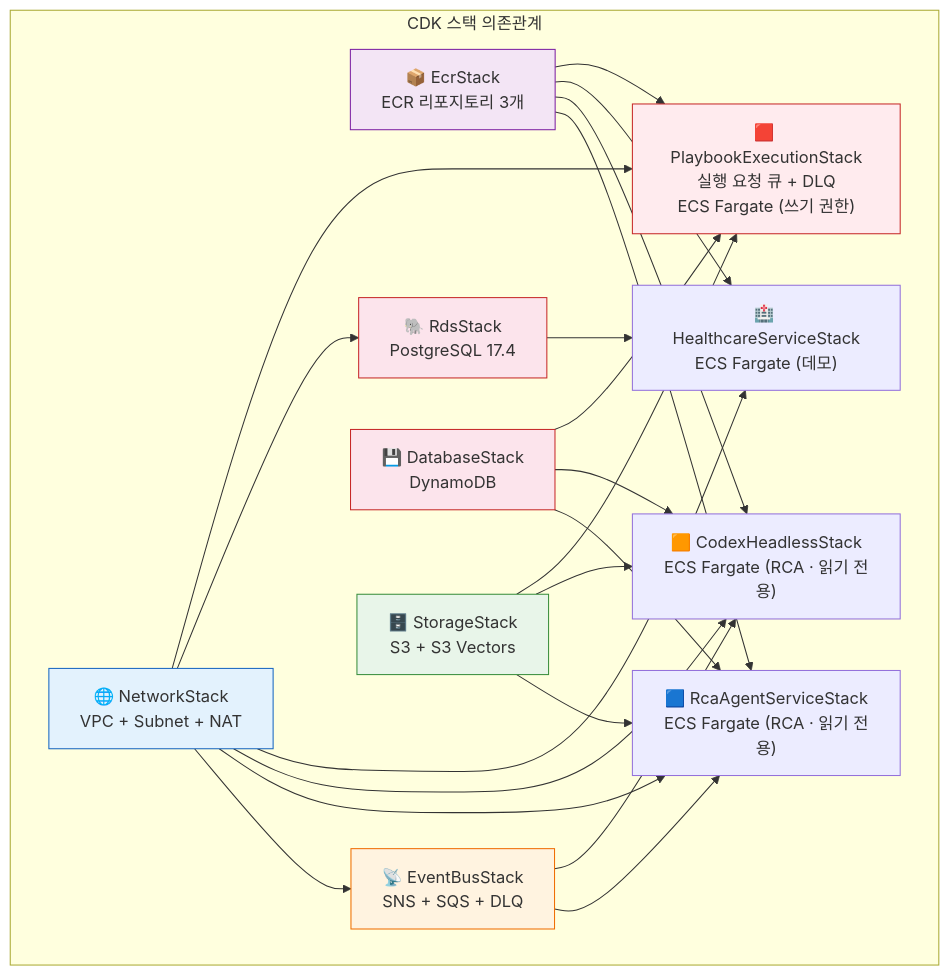
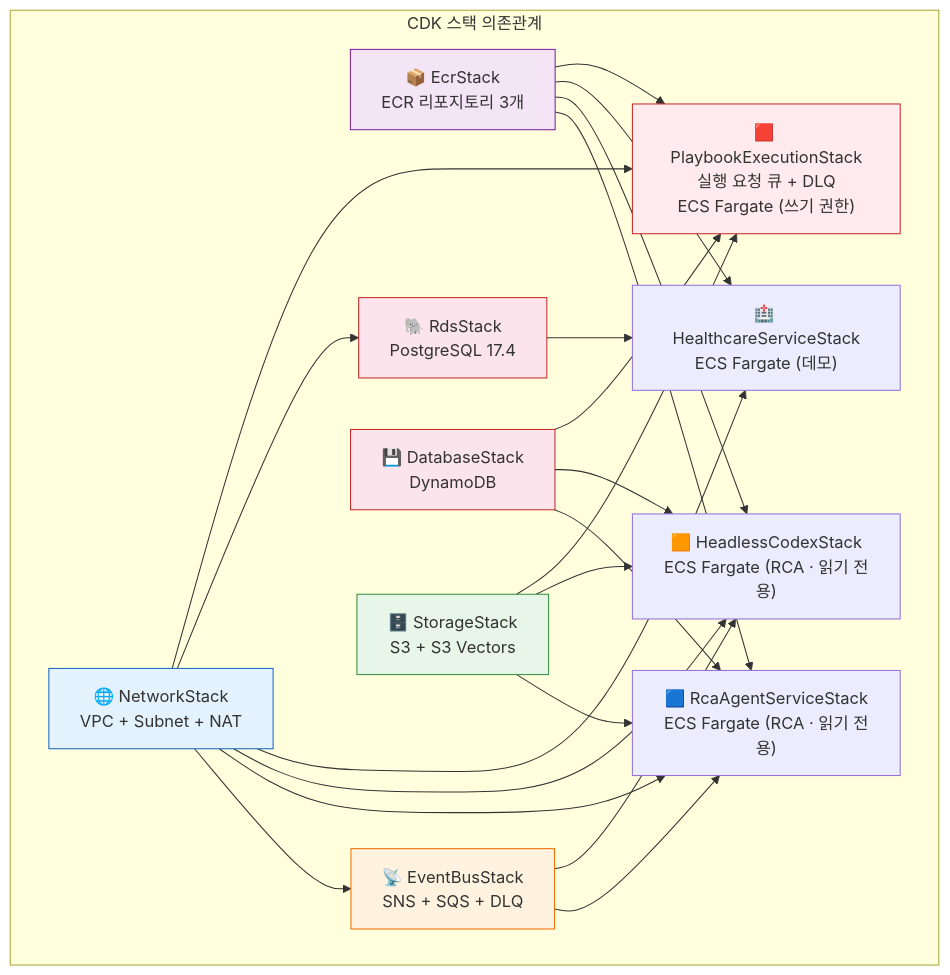
The third of 25 diagrams in docs/system-guide-for-ops.md (haandol/rca-agent), drawn with Mermaid before and after one commit. The commit also changed other lines of this file and 300 other files, not shown here.

Commit message:
feat(headless-codex): rename engine and preserve legacy reads

````diff
--- a/docs/system-guide-for-ops.md
+++ b/docs/system-guide-for-ops.md
@@ -168,43 +168,43 @@
 ```mermaid
 graph TB
     subgraph Infra["CDK 스택 의존관계"]
         ECR["📦 EcrStack<br/>ECR 리포지토리 3개"]
         NET["🌐 NetworkStack<br/>VPC + Subnet + NAT"]
         EVENT["📡 EventBusStack<br/>SNS + SQS + DLQ"]
         DB["💾 DatabaseStack<br/>DynamoDB"]
         STORAGE["🗄️ StorageStack<br/>S3 + S3 Vectors"]
         RDS["🐘 RdsStack<br/>PostgreSQL 17.4"]
         AGENT["🟦 RcaAgentServiceStack<br/>ECS Fargate (RCA · 읽기 전용)"]
-        CC["🟧 CodexHeadlessStack<br/>ECS Fargate (RCA · 읽기 전용)"]
+        CC["🟧 HeadlessCodexStack<br/>ECS Fargate (RCA · 읽기 전용)"]
         HEALTH["🏥 HealthcareServiceStack<br/>ECS Fargate (데모)"]
         EXEC["🟥 PlaybookExecutionStack<br/>실행 요청 큐 + DLQ<br/>ECS Fargate (쓰기 권한)"]
     end
 
     ECR --> AGENT
     ECR --> CC
     ECR --> HEALTH
     ECR --> EXEC
     NET --> EVENT
     NET --> AGENT
     NET --> CC
     NET --> HEALTH
     NET --> RDS
     NET --> EXEC
     EVENT --> AGENT
     EVENT --> CC
     DB --> AGENT
     DB --> CC
     DB --> EXEC
     STORAGE --> AGENT
     STORAGE --> CC
     STORAGE --> EXEC
     RDS --> HEALTH
 
     style ECR fill:#f3e5f5,stroke:#7b1fa2
     style NET fill:#e3f2fd,stroke:#1565c0
     style EVENT fill:#fff3e0,stroke:#ef6c00
     style DB fill:#fce4ec,stroke:#c62828
     style STORAGE fill:#e8f5e9,stroke:#388e3c
     style RDS fill:#fce4ec,stroke:#c62828
     style EXEC fill:#ffebee,stroke:#c62828
 ```
````
